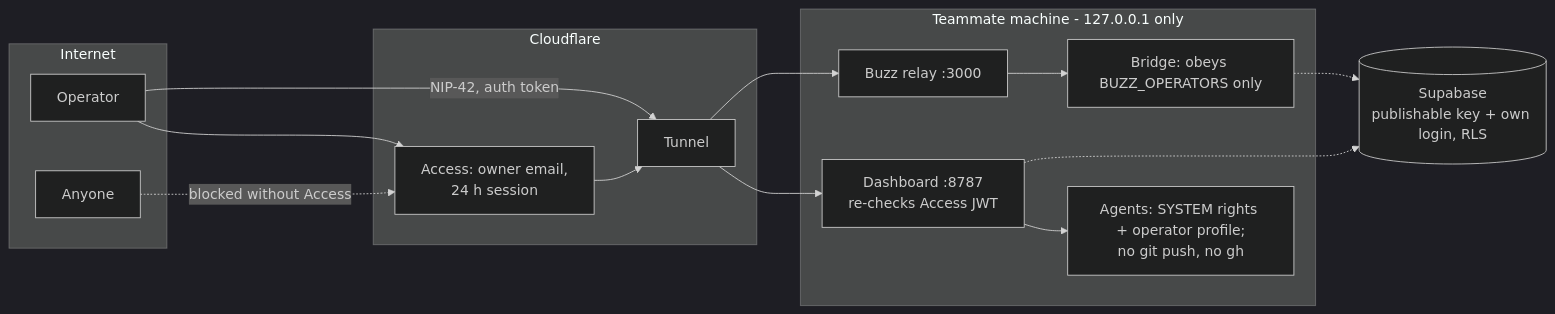
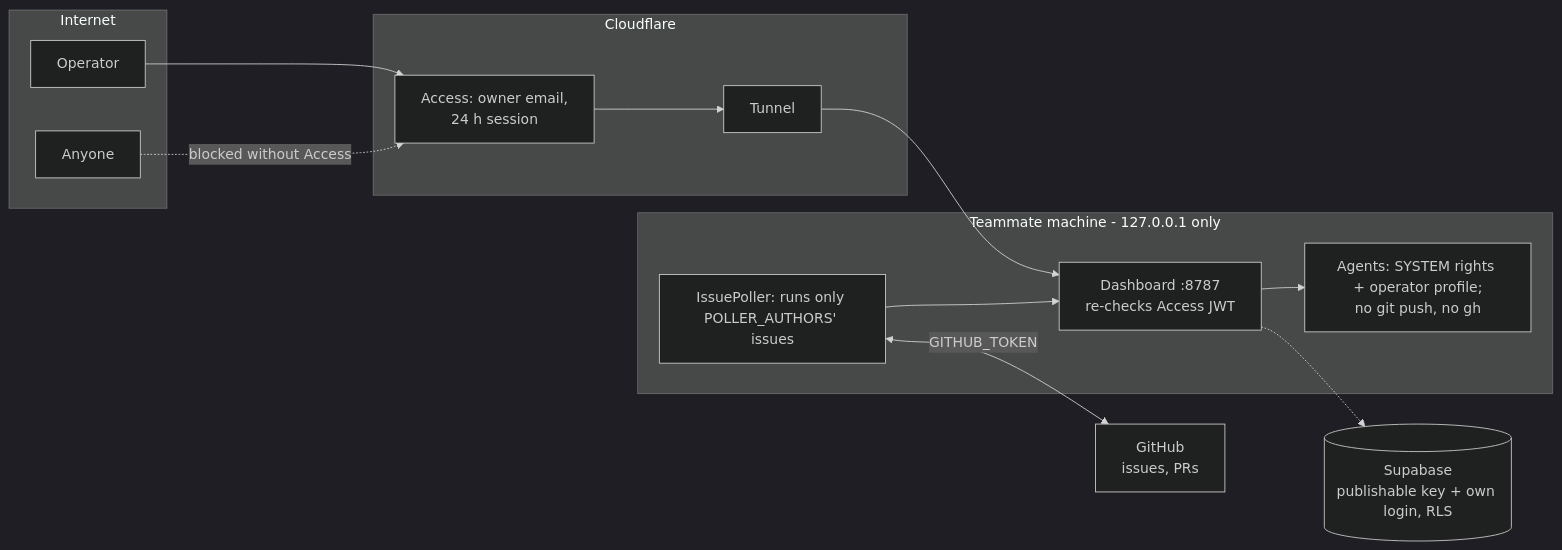
One commit to tnmurthy/fuzzy-octo-eureka changed the eighth of 8 diagrams in docs/HLD.md. Above: the diagram before and after it, drawn with Mermaid (dark theme). The commit also changed other lines of this file and 9 other files, not shown here.

Commit message:
docs: remove Buzz, describe the GitHub issue queue (#30)

````diff
--- a/docs/HLD.md
+++ b/docs/HLD.md
@@ -293,25 +285,25 @@
 ```mermaid
 flowchart LR
     subgraph Internet
         U[Operator]
         X[Anyone]
     end
     subgraph Edge["Cloudflare"]
         ACC["Access: owner email,<br/>24 h session"]
         TUN[Tunnel]
     end
     subgraph Host["Teammate machine - 127.0.0.1 only"]
         D["Dashboard :8787<br/>re-checks Access JWT"]
-        RL["Buzz relay :3000"]
-        B["Bridge: obeys BUZZ_OPERATORS only"]
+        P["IssuePoller: runs only POLLER_AUTHORS' issues"]
         A["Agents: SYSTEM rights + operator profile;<br/>no git push, no gh"]
     end
+    GH["GitHub<br/>issues, PRs"]
     SB[("Supabase<br/>publishable key + own login, RLS")]
 
     U --> ACC --> TUN --> D
     X -. "blocked without Access" .-> ACC
-    U -- "NIP-42, auth token" --> TUN --> RL
-    RL --> B
+    P <-- "GITHUB_TOKEN" --> GH
+    P --> D
     D --> A
-    D & B -.-> SB
+    D -.-> SB
 ```
````
